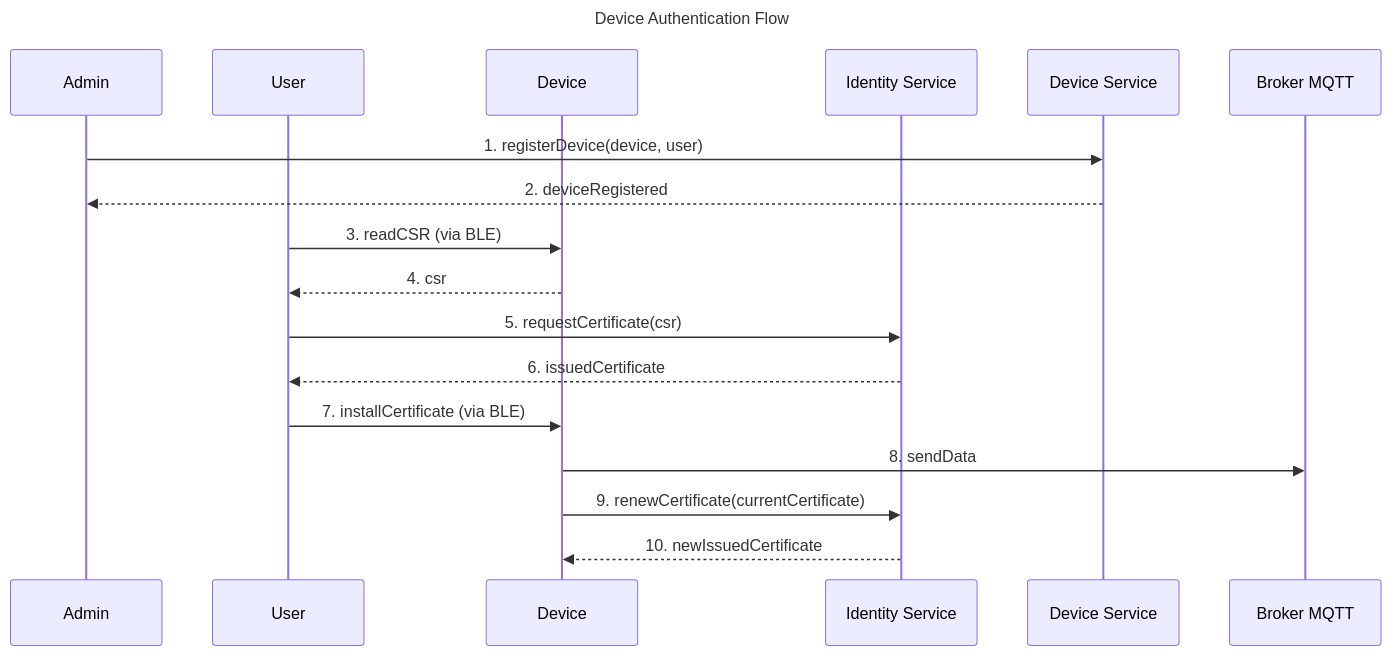
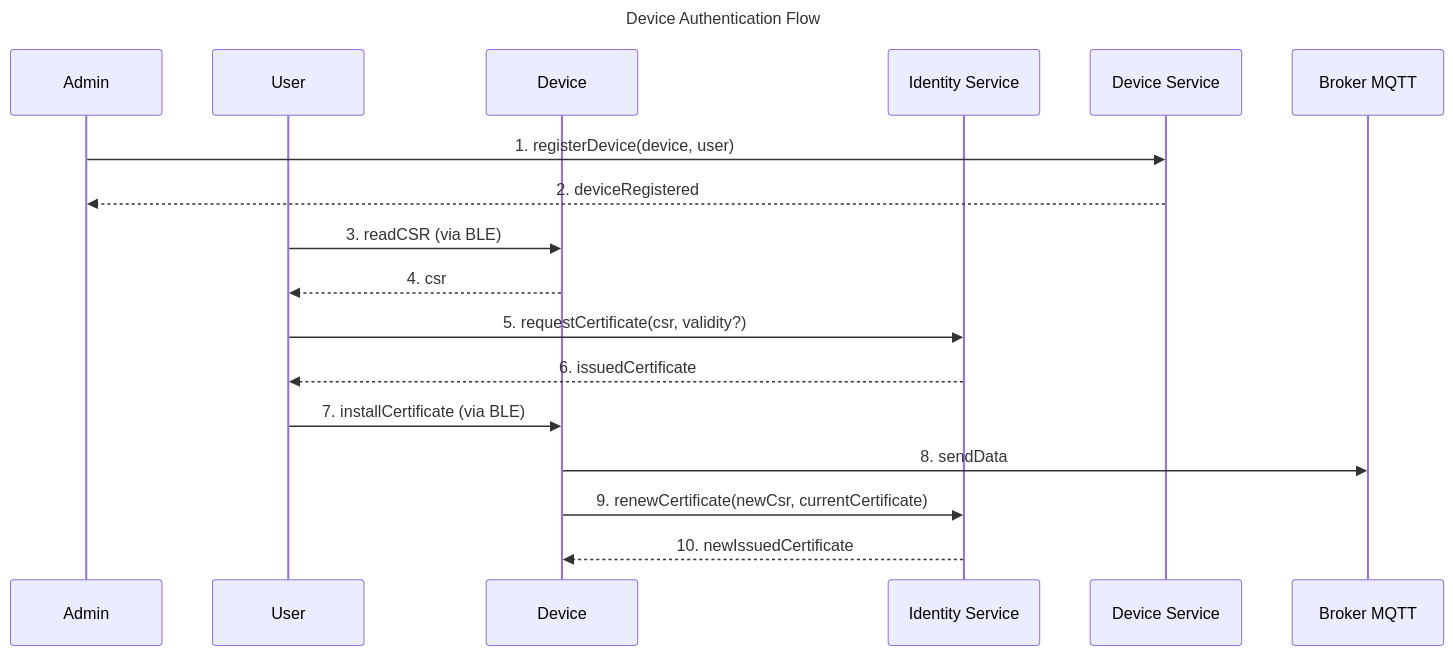
Before and after one commit to diogocerqueiralima/vehicle-tracker: the diagram in docs/device/security/authentication/overview.md, drawn with Mermaid. The commit also changed other lines of this file and 10 other files, not shown here.

````diff
--- a/docs/device/security/authentication/overview.md
+++ b/docs/device/security/authentication/overview.md
@@ -21,27 +23,27 @@
 ```mermaid
 sequenceDiagram
     title Device Authentication Flow
 
     participant Admin
     participant User
     participant Device
     participant IdentityService as Identity Service
     participant DeviceService as Device Service
     participant BrokerMQTT as Broker MQTT
 
     Admin->>DeviceService: 1. registerDevice(device, user)
     DeviceService-->>Admin: 2. deviceRegistered
 
     User->>Device: 3. readCSR (via BLE)
     Device-->>User: 4. csr
 
-    User->>IdentityService: 5. requestCertificate(csr)
+    User->>IdentityService: 5. requestCertificate(csr, validity?)
     IdentityService-->>User: 6. issuedCertificate
 
     User->>Device: 7. installCertificate (via BLE)
 
     Device->>BrokerMQTT: 8. sendData
 
-    Device->>IdentityService: 9. renewCertificate(currentCertificate)
+    Device->>IdentityService: 9. renewCertificate(newCsr, currentCertificate)
     IdentityService-->>Device: 10. newIssuedCertificate
 ```
````
